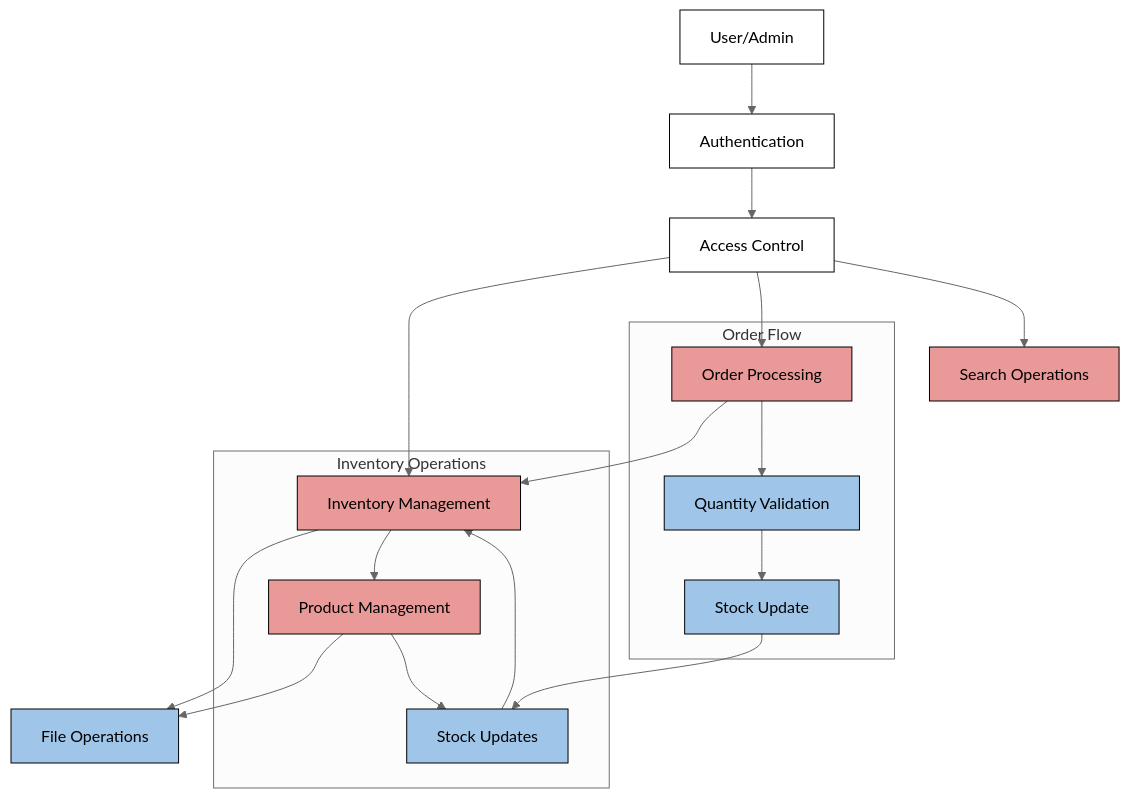
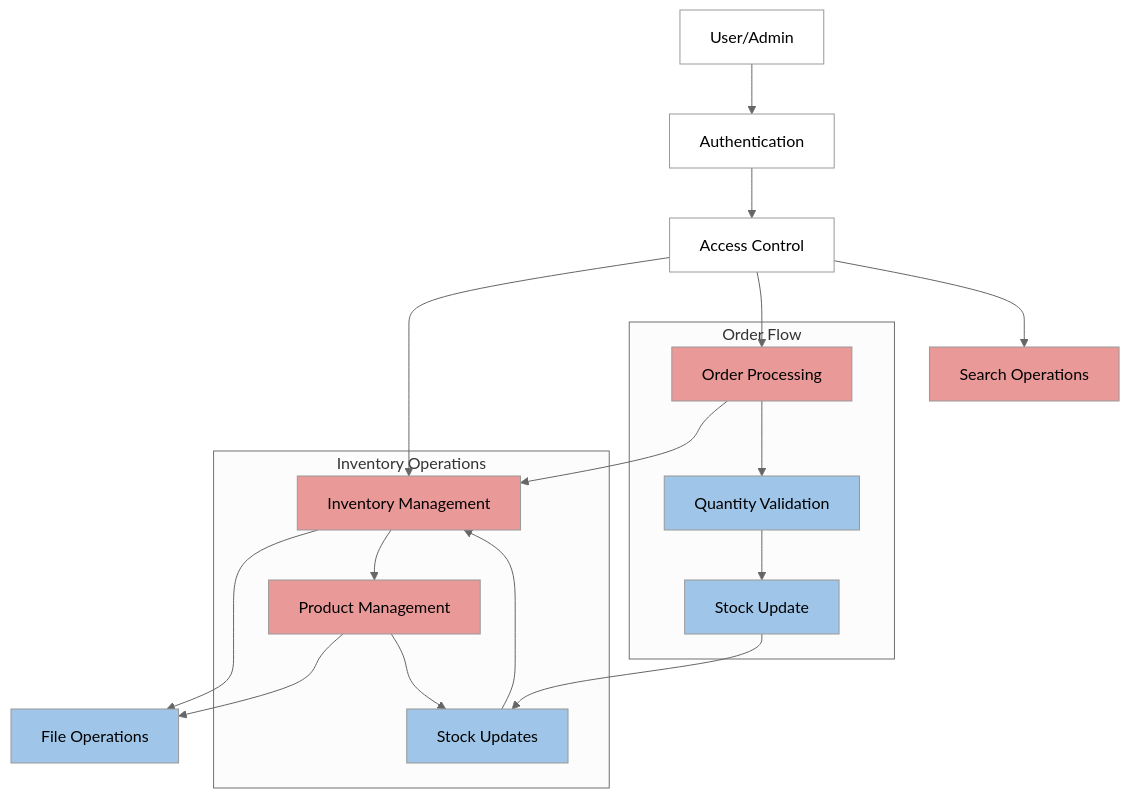
Before and after one commit to somshivgupta/Software-Testing-Project: the diagram in README.md, drawn with Mermaid (neutral theme).

Commit message:
ReadMe - fixed mistake

````diff
--- a/README.md
+++ b/README.md
@@ -135,34 +135,34 @@
 ```mermaid
 graph TD
     A[User/Admin] --> B[Authentication]
     B --> C[Access Control]
     
     C --> D[Inventory Management]
     C --> E[Order Processing]
     C --> F[Search Operations]
     
     D --> G[File Operations]
     E --> D
     
     D --> H[Product Management]
     H --> G
     
     subgraph "Inventory Operations"
         H --> I[Stock Updates]
         I --> D
     end
     
     subgraph "Order Flow"
         E --> J[Quantity Validation]
         J --> K[Stock Update]
         K --> I
     end
 
-    classDef default fill:#fff,stroke:#000
-    classDef process fill:#ea9999,stroke:#000
-    classDef storage fill:#9fc5e8,stroke:#000
+    classDef default fill:#fff,color:#000
+    classDef process fill:#ea9999,color:#000
+    classDef storage fill:#9fc5e8,color:#000
     
     class A,B,C default;
     class D,E,F,H process;
     class G,I,J,K storage;
 ```
````
